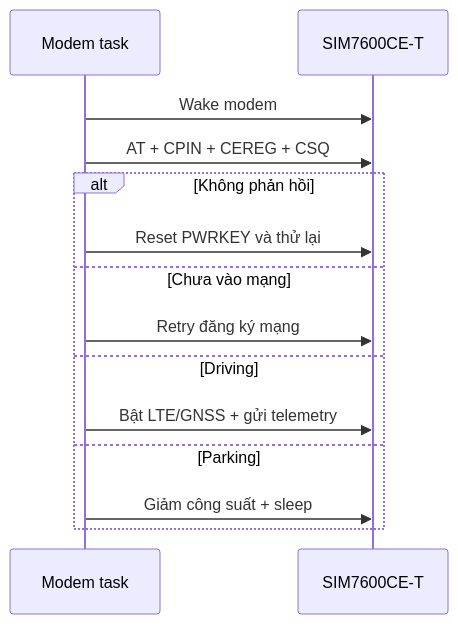
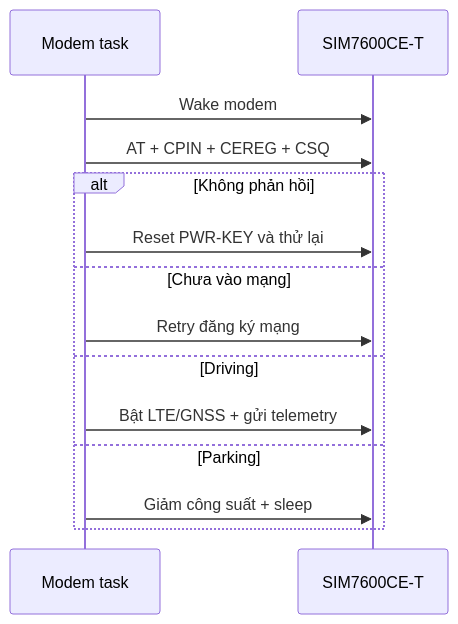
Before and after one commit to anmh1205/IoT_Vehicle_Tracking_System: the diagram in resources/reports/thesis/final/assets/uml/04-chuong-3-giai-phap-firmware-hinh-3-9.mmd, drawn with Mermaid. The commit also changed 332 other files, not shown here.

```diff
--- a/resources/reports/thesis/final/assets/uml/04-chuong-3-giai-phap-firmware-hinh-3-9.mmd
+++ b/resources/reports/thesis/final/assets/uml/04-chuong-3-giai-phap-firmware-hinh-3-9.mmd
@@ -1,16 +1,16 @@
 sequenceDiagram
     participant FW as Modem task
     participant SIM as SIM7600CE-T
 
     FW->>SIM: Wake modem
     FW->>SIM: AT + CPIN + CEREG + CSQ
 
     alt Không phản hồi
-        FW->>SIM: Reset PWRKEY và thử lại
+        FW->>SIM: Reset PWR-KEY và thử lại
     else Chưa vào mạng
         FW->>SIM: Retry đăng ký mạng
     else Driving
         FW->>SIM: Bật LTE/GNSS + gửi telemetry
     else Parking
         FW->>SIM: Giảm công suất + sleep
     end
```
